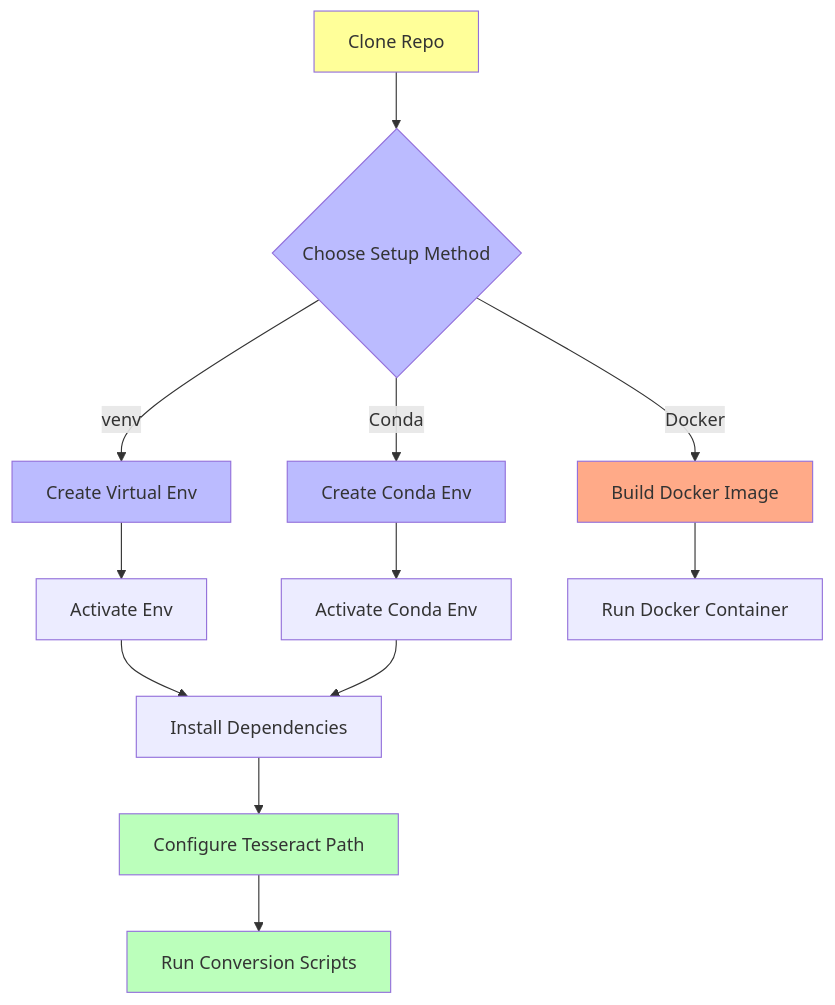
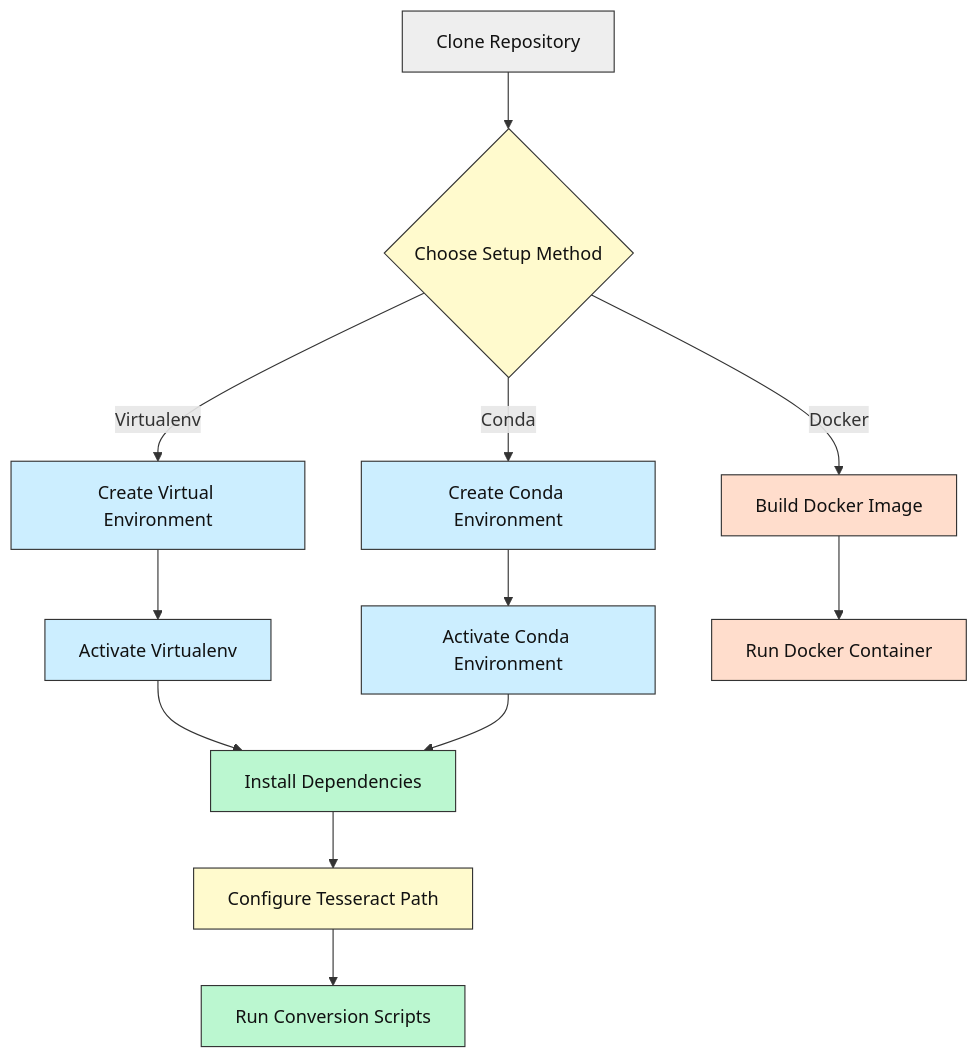
One commit to Mindrocket42/CluelessCodersToolBox changed the second of 2 diagrams in Document-Format-Converters/README.md. Above: the diagram before and after it, drawn with Mermaid. The commit also changed other lines of this file and 3 other files, not shown here.

First line of the commit message:
fix mermaid contrast

````diff
--- a/Document-Format-Converters/README.md
+++ b/Document-Format-Converters/README.md
@@ -179,21 +164,26 @@
 ```mermaid
 flowchart TD
-    A[Clone Repo] --> B{Choose Setup Method}
-    B -->|venv| C[Create Virtual Env]
-    C --> D[Activate Env]
+    A[Clone Repository] --> B{Choose Setup Method}
+    B -->|Virtualenv| C[Create Virtual Environment]
+    C --> D[Activate Virtualenv]
     D --> E[Install Dependencies]
-    B -->|Conda| F[Create Conda Env]
-    F --> G[Activate Conda Env]
+    B -->|Conda| F[Create Conda Environment]
+    F --> G[Activate Conda Environment]
     G --> E
     B -->|Docker| H[Build Docker Image]
     H --> I[Run Docker Container]
     E --> J[Configure Tesseract Path]
     J --> K[Run Conversion Scripts]
-    style A fill:#ff9
-    style B fill:#bbf
-    style C fill:#bbf
-    style F fill:#bbf
-    style H fill:#fa8
-    style J fill:#bfb
-    style K fill:#bfb
+
+    style A fill:#eeeeee,stroke:#333333,color:#111111
+    style B fill:#fffacd,stroke:#333333,color:#111111
+    style C fill:#cceeff,stroke:#333333,color:#111111
+    style D fill:#cceeff,stroke:#333333,color:#111111
+    style E fill:#bbf7d0,stroke:#333333,color:#111111
+    style F fill:#cceeff,stroke:#333333,color:#111111
+    style G fill:#cceeff,stroke:#333333,color:#111111
+    style H fill:#ffddcc,stroke:#333333,color:#111111
+    style I fill:#ffddcc,stroke:#333333,color:#111111
+    style J fill:#fffacd,stroke:#333333,color:#111111
+    style K fill:#bbf7d0,stroke:#333333,color:#111111
 ```
````
